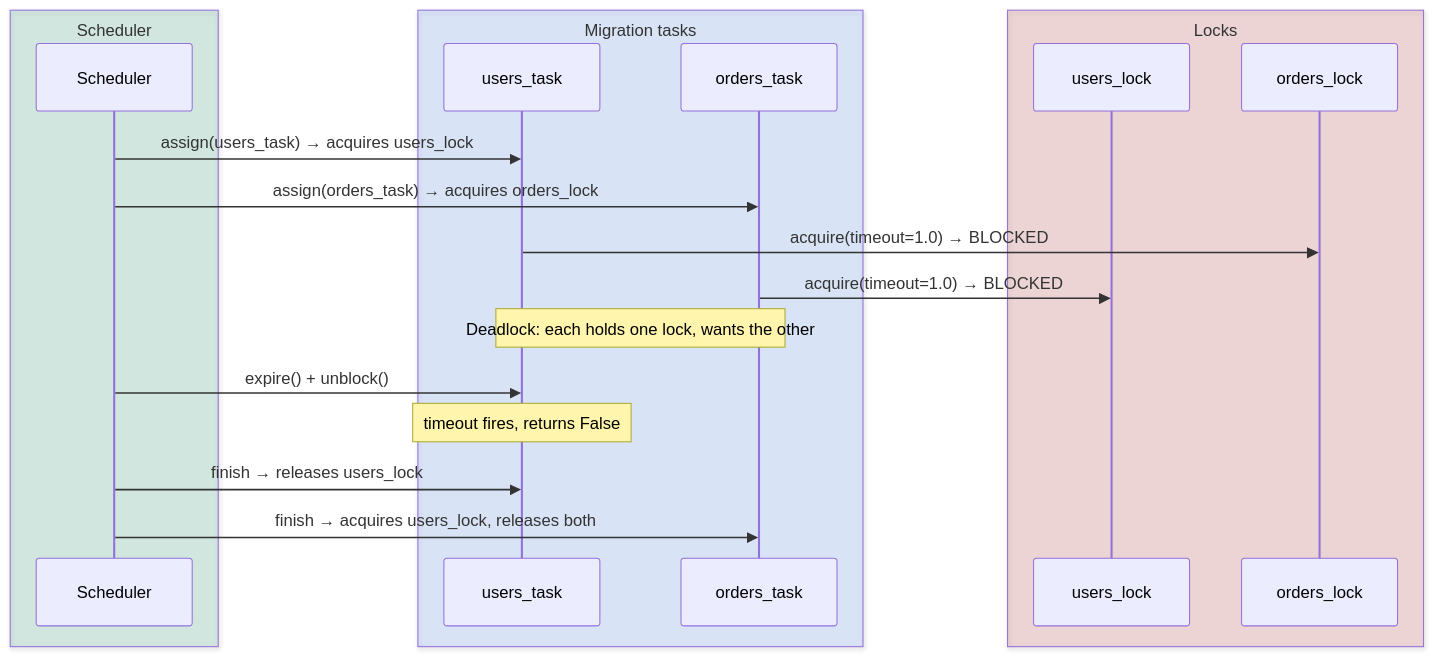
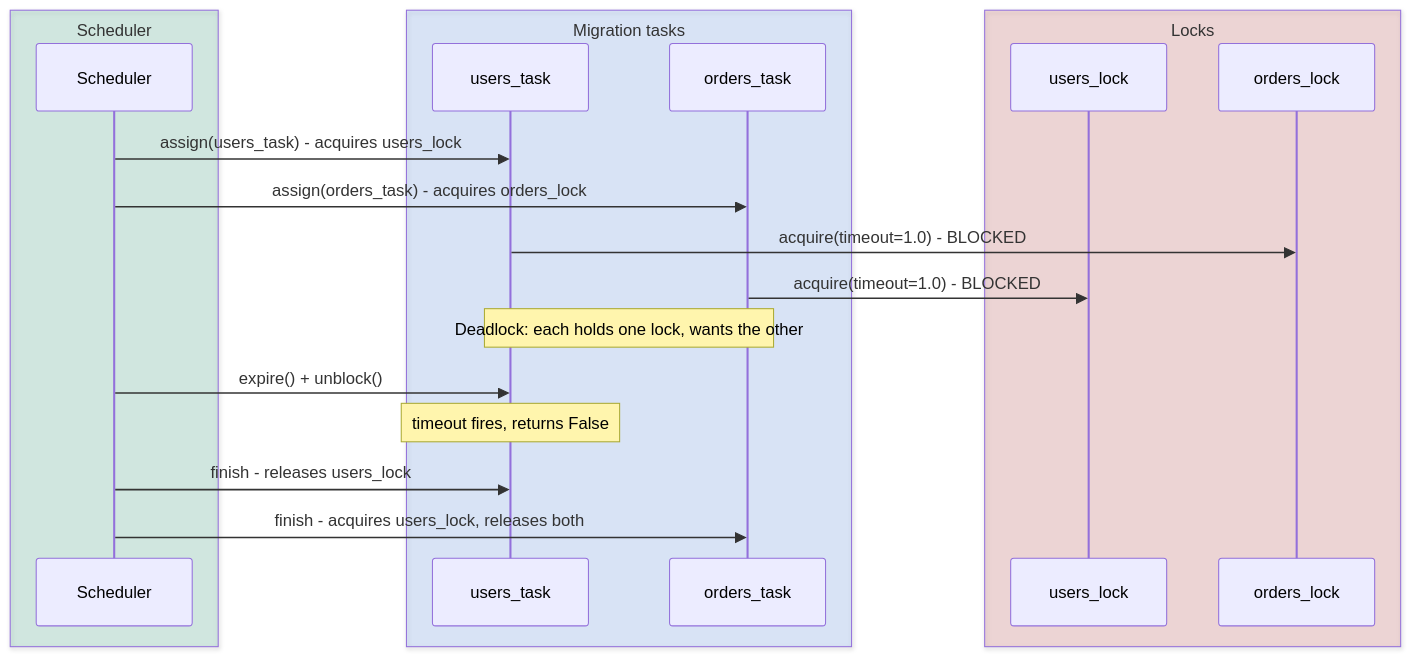
One commit to gaborbernat/bernat-tech changed diagram 14 of 16 in content/posts/blanket-deterministic-threading/index.md. Above: the diagram before and after it, drawn with Mermaid. The commit also changed other lines of this file, not shown here.

First line of the commit message:
Fix mermaid diagrams: validate with mmdc, fix activation syntax

````diff
--- a/content/posts/blanket-deterministic-threading/index.md
+++ b/content/posts/blanket-deterministic-threading/index.md
@@ -861,26 +869,26 @@
 ```mermaid
 sequenceDiagram
     box rgba(5,150,105,0.15) Scheduler
         participant S as Scheduler
     end
     box rgba(59,130,246,0.15) Migration tasks
         participant UT as users_task
         participant OT as orders_task
     end
     box rgba(185,28,28,0.15) Locks
         participant UL as users_lock
         participant OL as orders_lock
     end
 
-    S->>UT: assign(users_task) → acquires users_lock
-    S->>OT: assign(orders_task) → acquires orders_lock
+    S->>UT: assign(users_task) - acquires users_lock
+    S->>OT: assign(orders_task) - acquires orders_lock
 
-    UT->>OL: acquire(timeout=1.0) → BLOCKED
-    OT->>UL: acquire(timeout=1.0) → BLOCKED
+    UT->>OL: acquire(timeout=1.0) - BLOCKED
+    OT->>UL: acquire(timeout=1.0) - BLOCKED
     Note over UT,OT: Deadlock: each holds one lock, wants the other
 
     S->>UT: expire() + unblock()
     Note over UT: timeout fires, returns False
-    S->>UT: finish → releases users_lock
-    S->>OT: finish → acquires users_lock, releases both
+    S->>UT: finish - releases users_lock
+    S->>OT: finish - acquires users_lock, releases both
 ```
````
